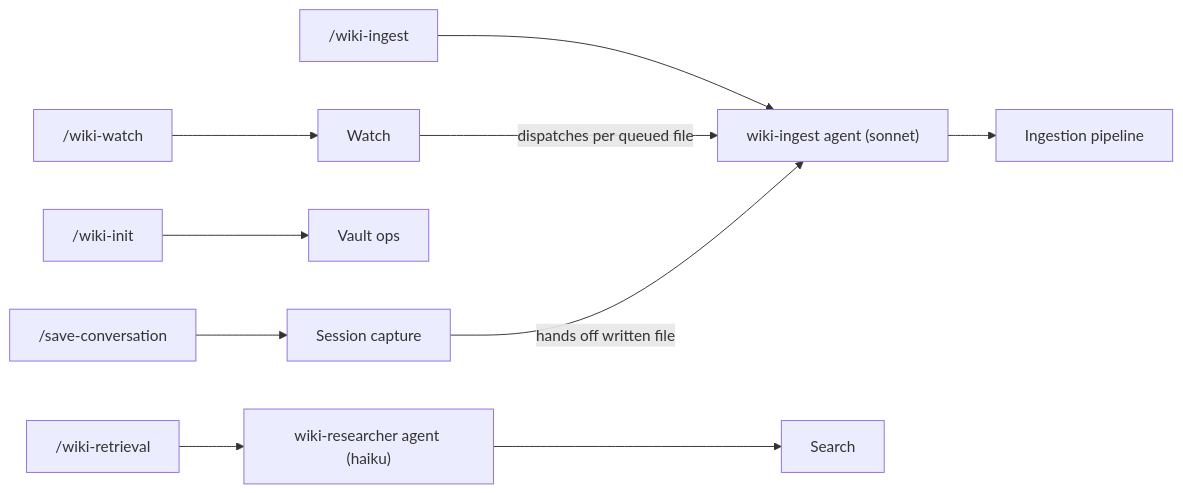
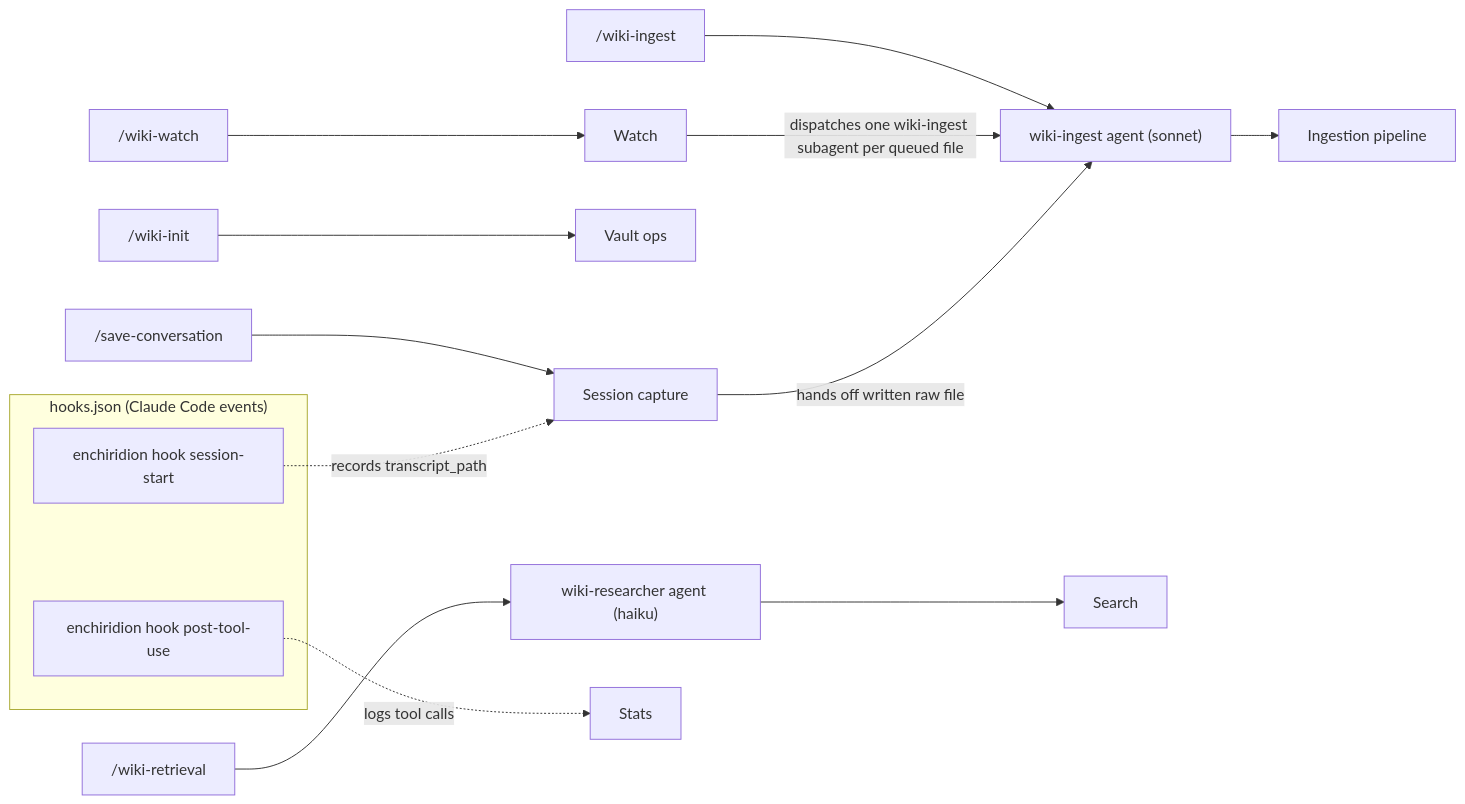
Before and after one commit to dhague/enchiridion: the second of 9 diagrams in docs/architecture.md, drawn with Mermaid. The commit also changed other lines of this file and 1 other file, not shown here.

Commit message:
Redraw docs/architecture.md natively for Go (#191)

````diff
--- a/docs/architecture.md
+++ b/docs/architecture.md
@@ -106,16 +107,23 @@
 ```mermaid
 flowchart LR
     skIngest["/wiki-ingest"] --> agIngest["wiki-ingest agent (sonnet)"]
     agIngest --> cIngestion["Ingestion pipeline"]
 
     skRetrieval["/wiki-retrieval"] --> agResearcher["wiki-researcher agent (haiku)"]
     agResearcher --> cSearch["Search"]
 
     skInit["/wiki-init"] --> cVaultOps["Vault ops"]
 
     skWatch["/wiki-watch"] --> cWatch["Watch"]
-    cWatch -->|dispatches per queued file| agIngest
+    cWatch -->|dispatches one wiki-ingest subagent per queued file| agIngest
 
     skSave["/save-conversation"] --> cSessionCap["Session capture"]
-    cSessionCap -->|hands off written file| agIngest
+    cSessionCap -->|hands off written raw file| agIngest
+
+    subgraph hooksRow["hooks.json (Claude Code events)"]
+        hStart["enchiridion hook session-start"]
+        hPost["enchiridion hook post-tool-use"]
+    end
+    hStart -.->|records transcript_path| cSessionCap
+    hPost -.->|logs tool calls| cStats["Stats"]
 ```
````
